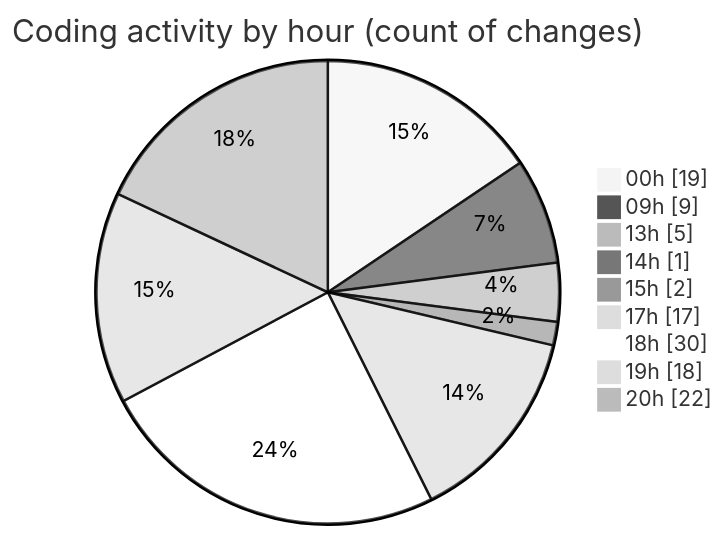
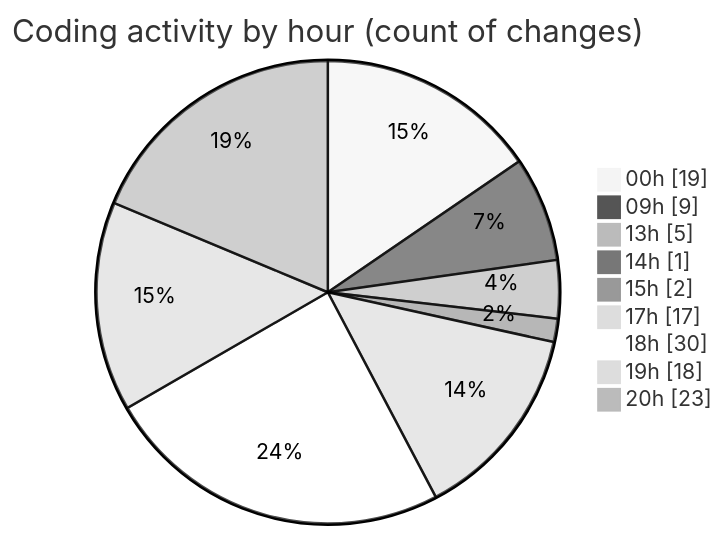
One commit to EIIisD/code-tracking changed the second of 2 diagrams in 2025-08-12/ribbon/README.md. Above: the diagram before and after it, drawn with Mermaid (neutral theme). The commit also changed other lines of this file and 1 other file, not shown here.

````diff
--- a/2025-08-12/ribbon/README.md
+++ b/2025-08-12/ribbon/README.md
@@ -52,13 +52,13 @@
 ```mermaid
 pie showData
 title Coding activity by hour (count of changes)
 "00h" : 19
 "09h" : 9
 "13h" : 5
 "14h" : 1
 "15h" : 2
 "17h" : 17
 "18h" : 30
 "19h" : 18
-"20h" : 22
+"20h" : 23
 ```
````
